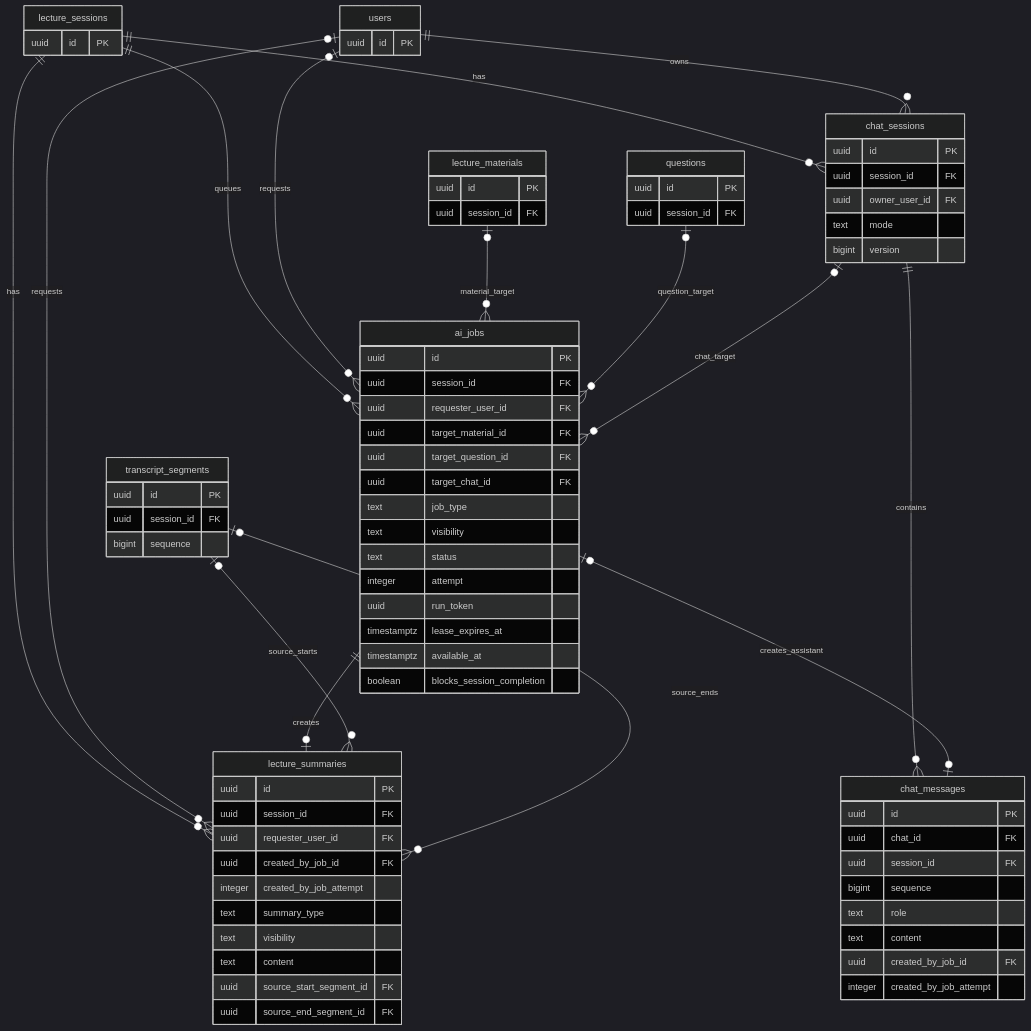
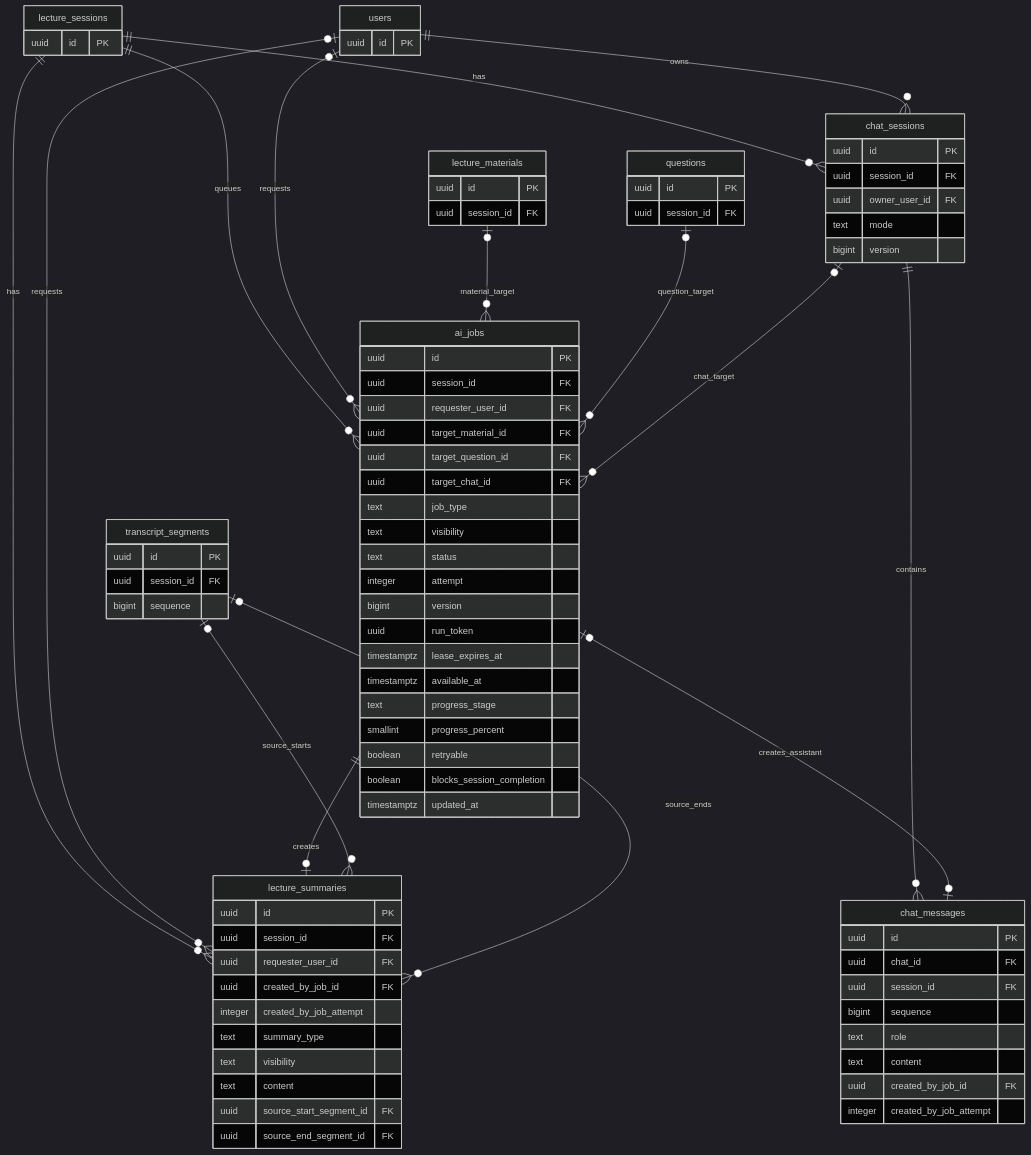
The fourth of 5 diagrams in docs/database/ERD.md (madcamp-official/26s-w2-c2-08), drawn with Mermaid (dark theme) before and after one commit. The commit also changed other lines of this file and 7 other files, not shown here.

```diff
--- a/docs/database/ERD.md
+++ b/docs/database/ERD.md
@@ -349,10 +353,15 @@
         text visibility
         text status
         integer attempt
+        bigint version
         uuid run_token
         timestamptz lease_expires_at
         timestamptz available_at
+        text progress_stage
+        smallint progress_percent
+        boolean retryable
         boolean blocks_session_completion
+        timestamptz updated_at
     }
 
     lectureSummaries["lecture_summaries"] {
```
